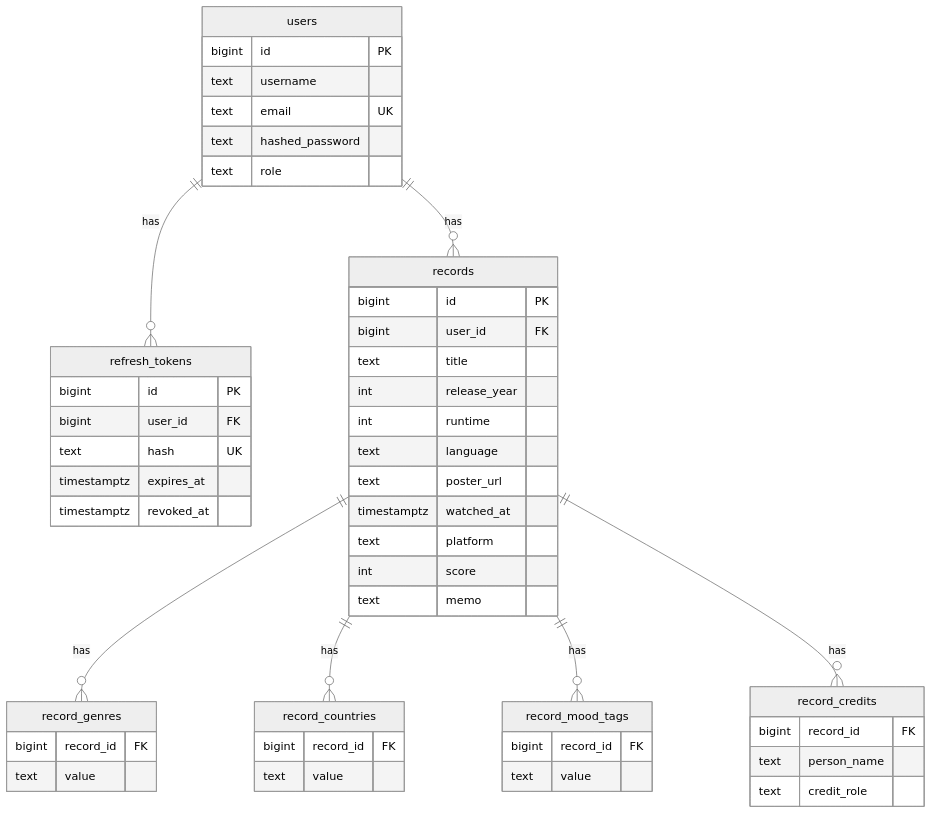
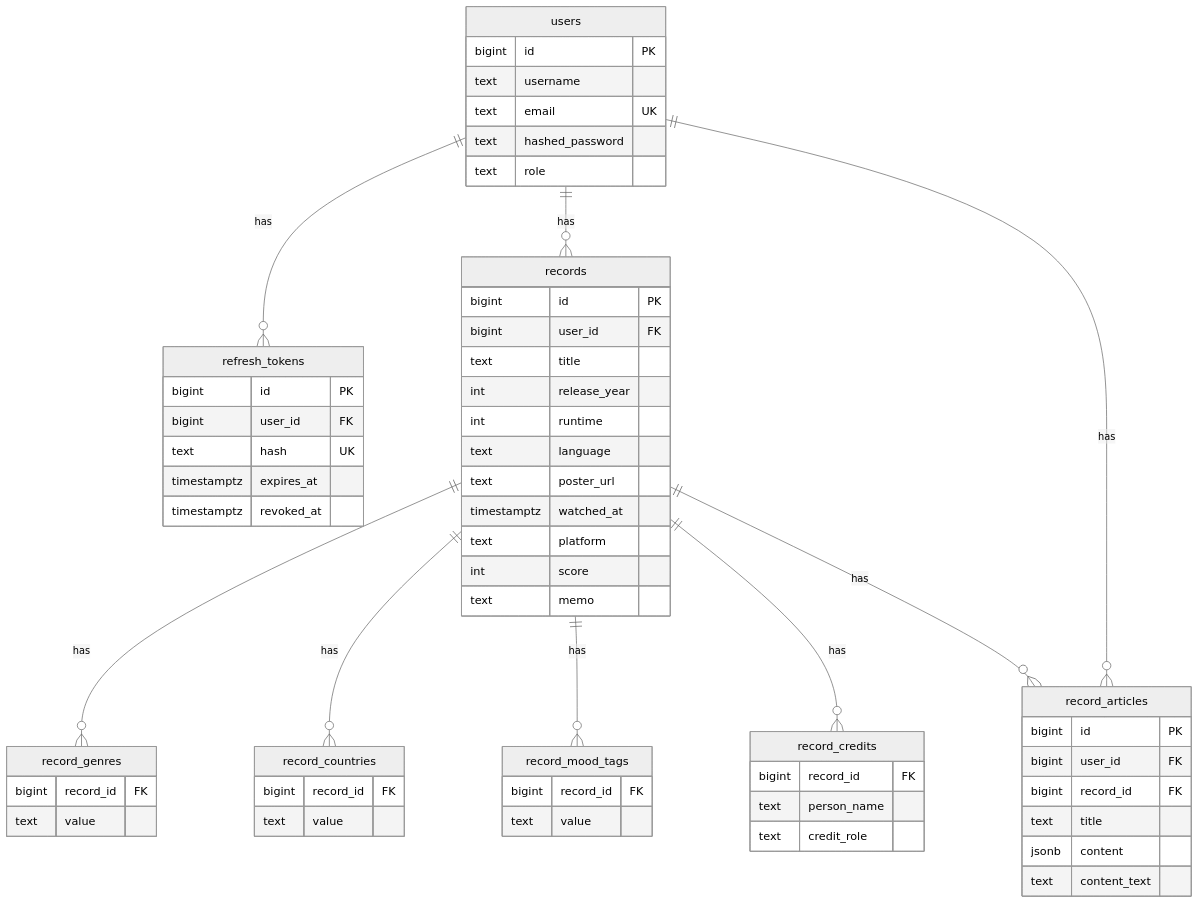
One commit to masaya-nishimura-09/movie-log-api changed the third of 3 diagrams in README.ja.md. Above: the diagram before and after it, drawn with Mermaid (neutral theme). The commit also changed other lines of this file and 23 other files, not shown here.

````diff
--- a/README.ja.md
+++ b/README.ja.md
@@ -235,54 +263,64 @@
 ```mermaid
 erDiagram
     users ||--o{ refresh_tokens : has
     users ||--o{ records : has
     records ||--o{ record_genres : has
     records ||--o{ record_countries : has
     records ||--o{ record_mood_tags : has
     records ||--o{ record_credits : has
+    users ||--o{ record_articles : has
+    records ||--o{ record_articles : has
 
     users {
         bigint id PK
         text username
         text email UK
         text hashed_password
         text role
     }
     refresh_tokens {
         bigint id PK
         bigint user_id FK
         text hash UK
         timestamptz expires_at
         timestamptz revoked_at
     }
     records {
         bigint id PK
         bigint user_id FK
         text title
         int release_year
         int runtime
         text language
         text poster_url
         timestamptz watched_at
         text platform
         int score
         text memo
     }
     record_genres {
         bigint record_id FK
         text value
     }
     record_countries {
         bigint record_id FK
         text value
     }
     record_mood_tags {
         bigint record_id FK
         text value
     }
     record_credits {
         bigint record_id FK
         text person_name
         text credit_role
     }
+    record_articles {
+        bigint id PK
+        bigint user_id FK
+        bigint record_id FK
+        text title
+        jsonb content
+        text content_text
+    }
 ```
````
